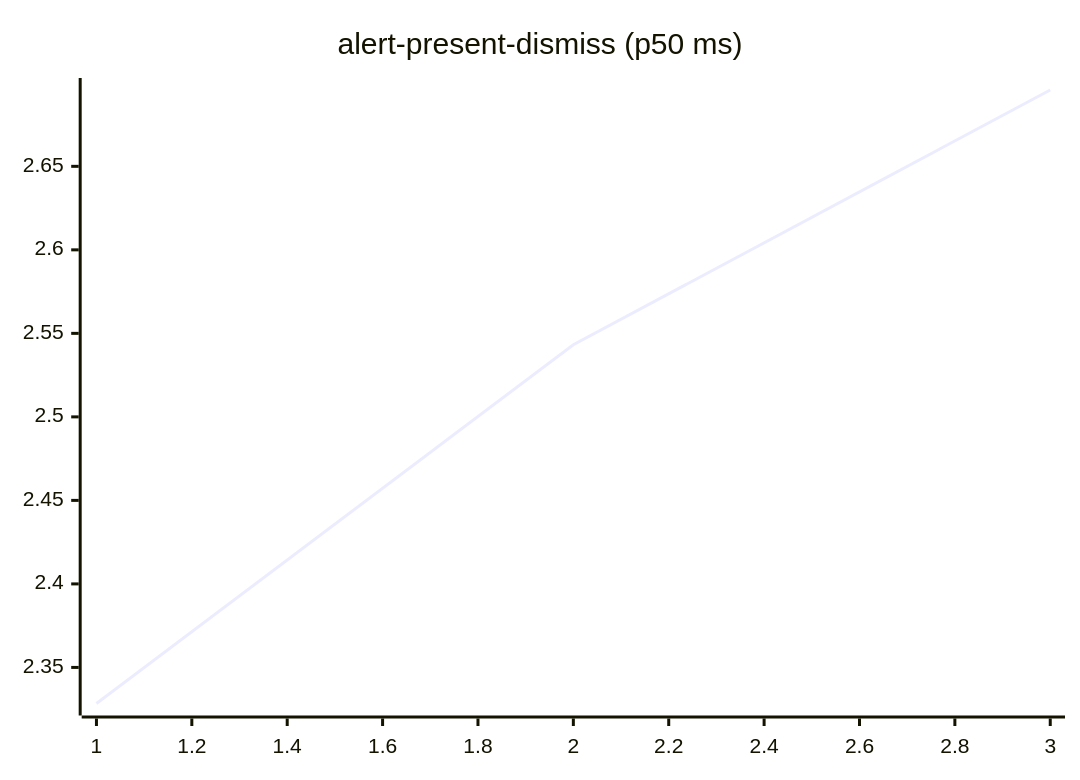
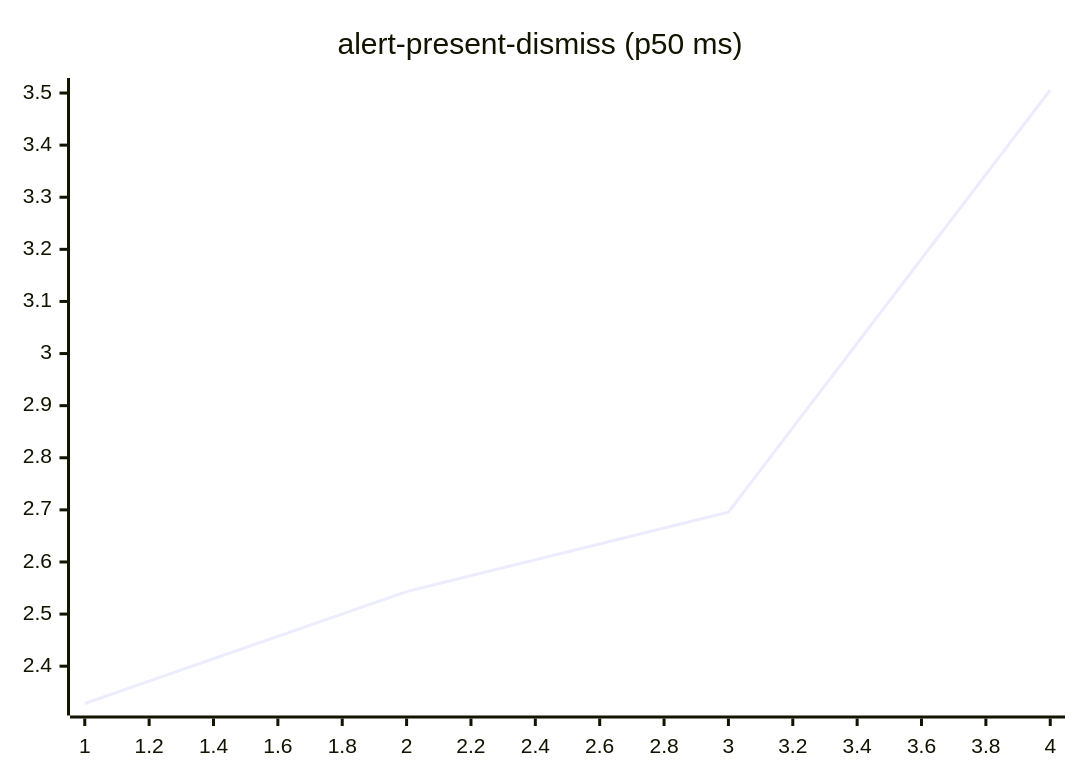
One commit to josha/Facet changed the second of 27 diagrams in README.md. Above: the diagram before and after it, drawn with Mermaid. The commit also changed other lines of this file and 2 other files, not shown here.

````diff
--- a/README.md
+++ b/README.md
@@ -70,6 +70,6 @@
 ```mermaid
 xychart-beta
     title "alert-present-dismiss (p50 ms)"
-    x-axis 1 --> 3
-    line [2.3284, 2.5432, 2.6957]
+    x-axis 1 --> 4
+    line [2.3284, 2.5432, 2.6957, 3.5058]
 ```
````
